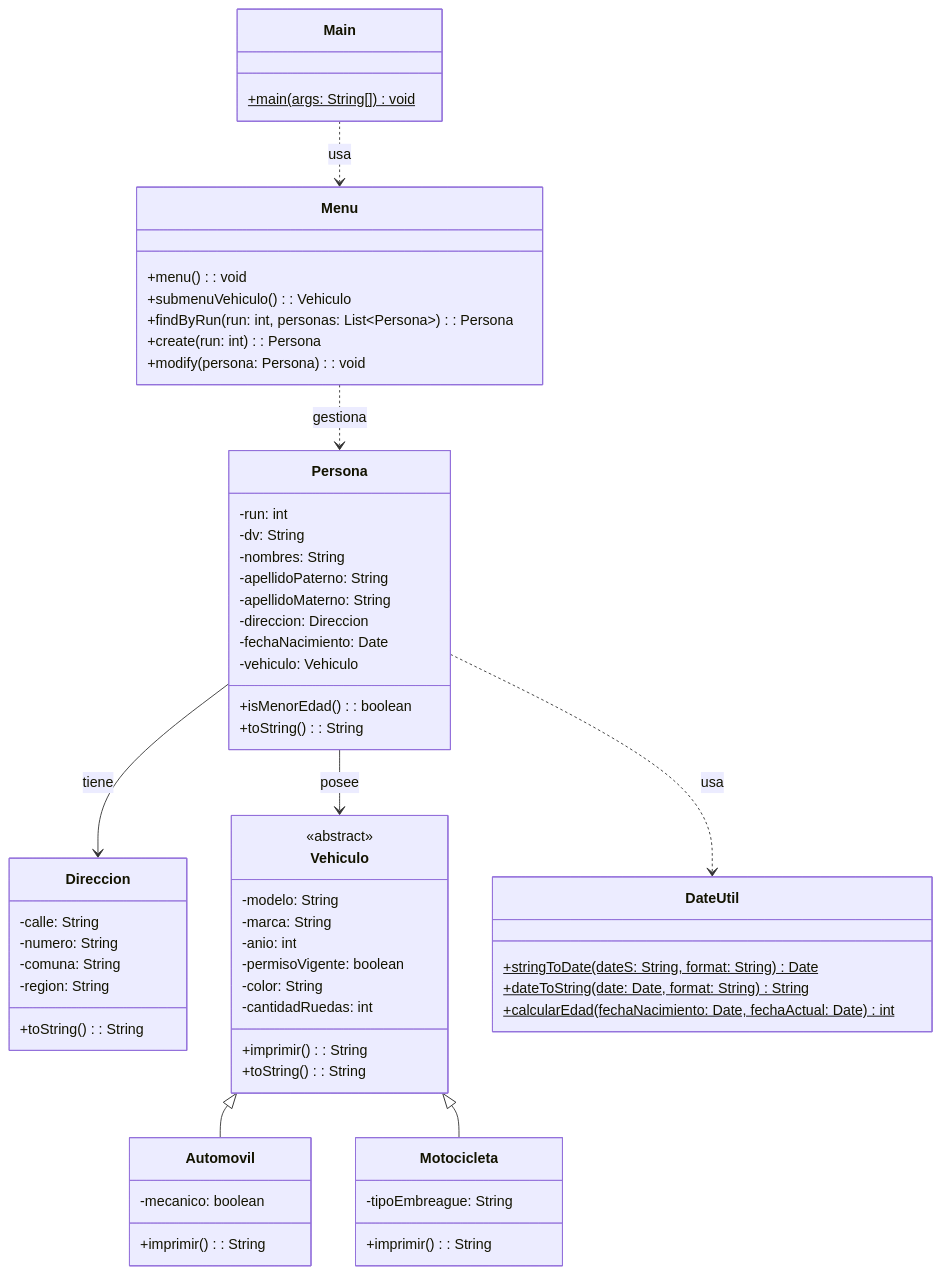
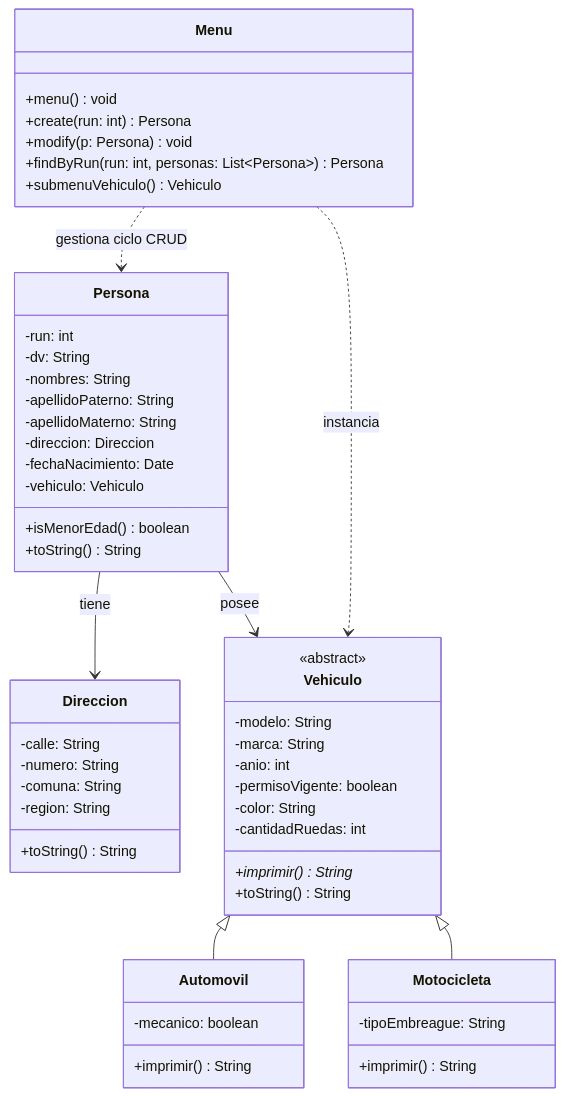
The second of 3 diagrams in 15/README.md (elprofecarreno/poo-fundaments), drawn with Mermaid before and after one commit. The commit also changed other lines of this file and 15 other files, not shown here.

````diff
--- a/15/README.md
+++ b/15/README.md
@@ -11,71 +85,60 @@
 ```mermaid
 classDiagram
-    class Main {
-        +main(args: String[])$ void
-    }
-
     class Menu {
-        +menu(): void
-        +submenuVehiculo(): Vehiculo
-        +findByRun(run: int, personas: List~Persona~): Persona
-        +create(run: int): Persona
-        +modify(persona: Persona): void
+        +menu() void
+        +create(run: int) Persona
+        +modify(p: Persona) void
+        +findByRun(run: int, personas: List~Persona~) Persona
+        +submenuVehiculo() Vehiculo
     }
 
     class Persona {
         -run: int
         -dv: String
         -nombres: String
         -apellidoPaterno: String
         -apellidoMaterno: String
         -direccion: Direccion
         -fechaNacimiento: Date
         -vehiculo: Vehiculo
-        +isMenorEdad(): boolean
-        +toString(): String
+        +isMenorEdad() boolean
+        +toString() String
     }
 
     class Direccion {
         -calle: String
         -numero: String
         -comuna: String
         -region: String
-        +toString(): String
+        +toString() String
     }
 
     class Vehiculo {
         <<abstract>>
         -modelo: String
         -marca: String
         -anio: int
         -permisoVigente: boolean
         -color: String
         -cantidadRuedas: int
-        +imprimir(): String
-        +toString(): String
+        +imprimir()* String
+        +toString() String
     }
 
     class Automovil {
         -mecanico: boolean
-        +imprimir(): String
+        +imprimir() String
     }
 
     class Motocicleta {
         -tipoEmbreague: String
-        +imprimir(): String
-    }
-
-    class DateUtil {
-        +stringToDate(dateS: String, format: String)$ Date
-        +dateToString(date: Date, format: String)$ String
-        +calcularEdad(fechaNacimiento: Date, fechaActual: Date)$ int
+        +imprimir() String
     }
 
     Vehiculo <|-- Automovil
     Vehiculo <|-- Motocicleta
     Persona --> Direccion : tiene
     Persona --> Vehiculo : posee
-    Main ..> Menu : usa
-    Menu ..> Persona : gestiona
-    Persona ..> DateUtil : usa
+    Menu ..> Persona : gestiona ciclo CRUD
+    Menu ..> Vehiculo : instancia
 ```
````
